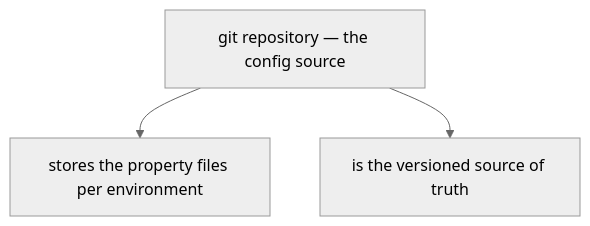
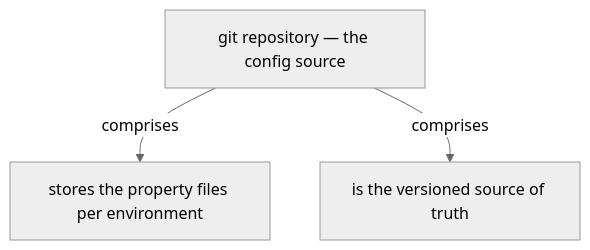
Before and after one commit to vinayakuber/microservices-io-study-guide: the sixth of 12 diagrams in docs/ch29-externalized-configuration.md, drawn with Mermaid (neutral theme). The commit also changed other lines of this file and 71 other files, not shown here.

First line of the commit message:
R18: label every diagram arrow with its meaning

````diff
--- a/docs/ch29-externalized-configuration.md
+++ b/docs/ch29-externalized-configuration.md
@@ -185,6 +185,6 @@
 ```mermaid
 flowchart TD
   R["git repository — the config source"]
-  R --> P0["stores the property files per environment"]
-  R --> P1["is the versioned source of truth"]
+  R -->|"comprises"| P0["stores the property files per environment"]
+  R -->|"comprises"| P1["is the versioned source of truth"]
 ```
````
